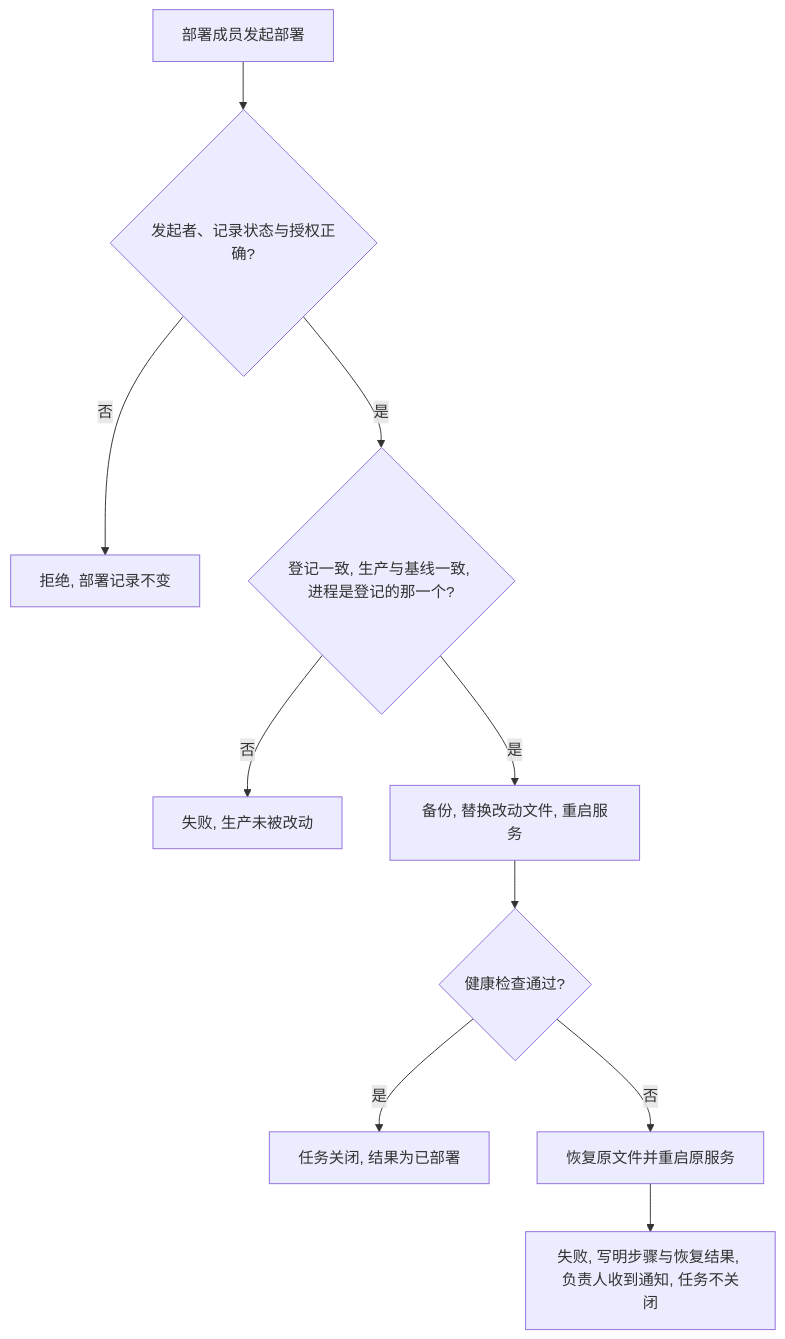
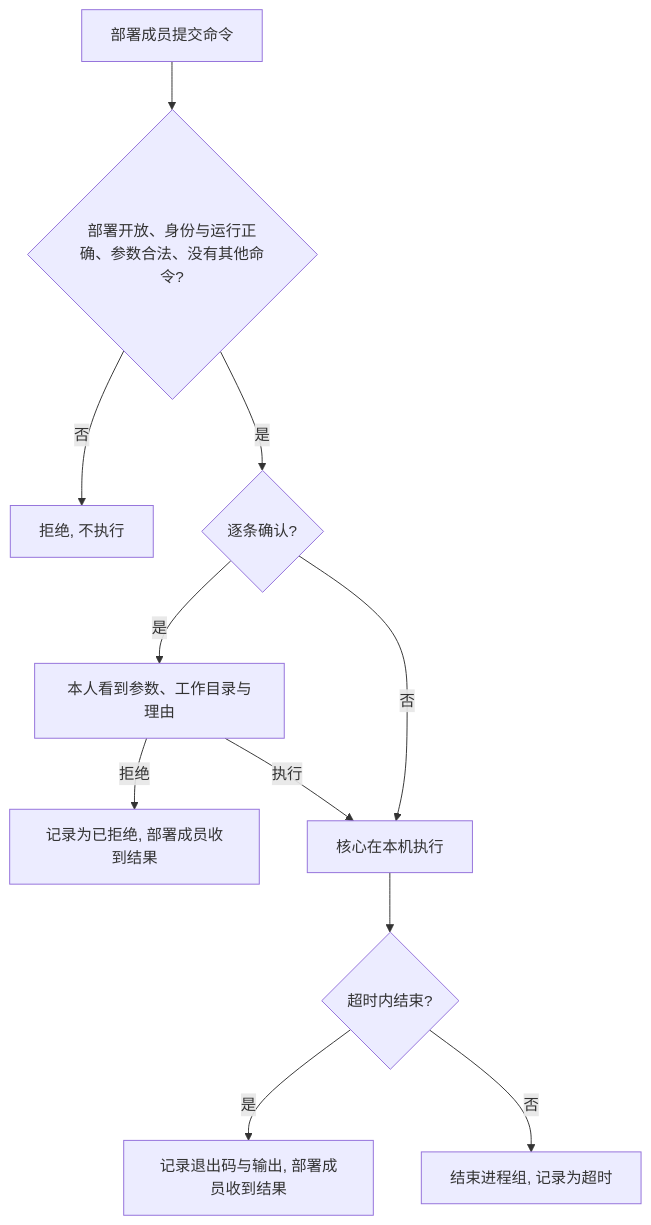
One commit to xforce-io/atelier changed the fourth of 5 diagrams in docs/design/22-host-environment-deploy/product.md. Above: the diagram before and after it, drawn with Mermaid. The commit also changed other lines of this file and 2 other files, not shown here.

````diff
--- a/docs/design/22-host-environment-deploy/product.md
+++ b/docs/design/22-host-environment-deploy/product.md
@@ -232,12 +259,13 @@
 ```mermaid
 flowchart TD
-    A[部署成员发起部署] --> B{发起者、记录状态与授权正确?}
-    B -->|否| C[拒绝, 部署记录不变]
-    B -->|是| D{登记一致, 生产与基线一致, 进程是登记的那一个?}
-    D -->|否| E[失败, 生产未被改动]
-    D -->|是| F[备份, 替换改动文件, 重启服务]
-    F --> G{健康检查通过?}
-    G -->|是| H[任务关闭, 结果为已部署]
-    G -->|否| I[恢复原文件并重启原服务]
-    I --> J[失败, 写明步骤与恢复结果, 负责人收到通知, 任务不关闭]
+    A[部署成员提交命令] --> B{部署开放、身份与运行正确、参数合法、没有其他命令?}
+    B -->|否| C[拒绝, 不执行]
+    B -->|是| D{逐条确认?}
+    D -->|是| E[本人看到参数、工作目录与理由]
+    E -->|拒绝| F[记录为已拒绝, 部署成员收到结果]
+    E -->|执行| G[核心在本机执行]
+    D -->|否| G
+    G --> H{超时内结束?}
+    H -->|是| I[记录退出码与输出, 部署成员收到结果]
+    H -->|否| J[结束进程组, 记录为超时]
 ```
````
